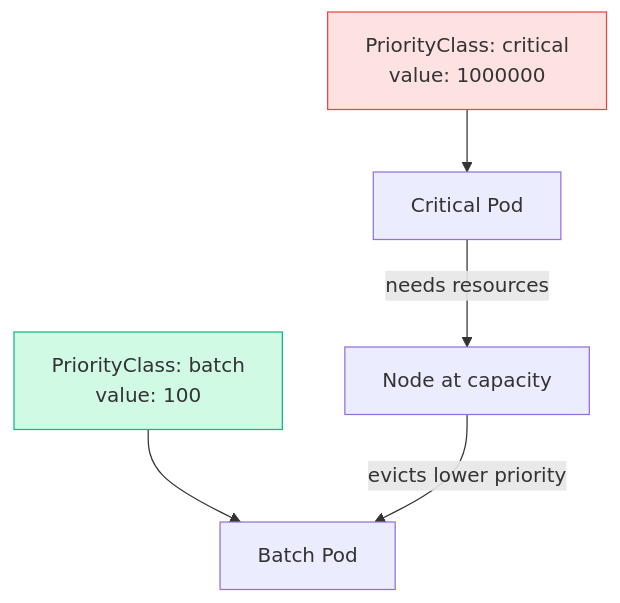
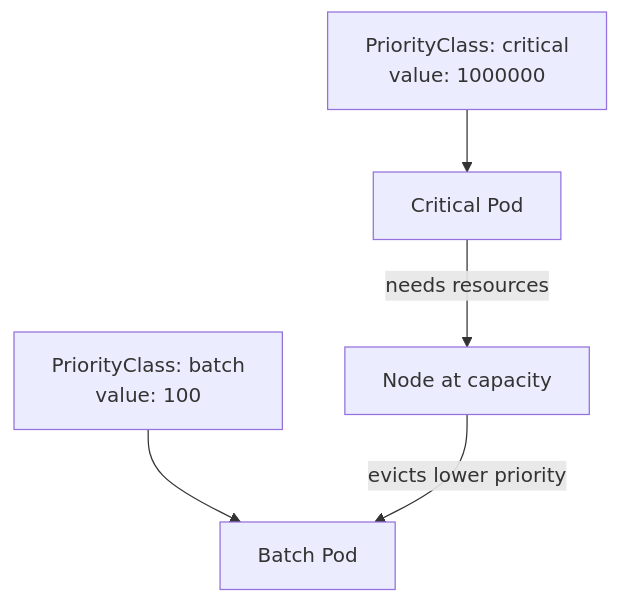
Before and after one commit to Gautam4424/k8slearn-content: the second of 2 diagrams in content/cka/05-scheduling-where-pods-land/56-topologyspreadconstraints-priorityclass/56-topologyspreadconstraints-priorityclass.md, drawn with Mermaid. The commit also changed other lines of this file and 40 other files, not shown here.

Commit message:
chore: fix mermaid style regex

````diff
--- a/content/cka/05-scheduling-where-pods-land/56-topologyspreadconstraints-priorityclass/56-topologyspreadconstraints-priorityclass.md
+++ b/content/cka/05-scheduling-where-pods-land/56-topologyspreadconstraints-priorityclass/56-topologyspreadconstraints-priorityclass.md
@@ -57,10 +56,8 @@
 ```mermaid
 flowchart TD
     PC_H["PriorityClass: critical\nvalue: 1000000"] --> P_H["Critical Pod"]
     PC_L["PriorityClass: batch\nvalue: 100"] --> P_L["Batch Pod"]
     NODE["Node at capacity"]
     P_H -->|needs resources| NODE
     NODE -->|evicts lower priority| P_L
-    style PC_H fill:#fee2e2,stroke:#ef4444
-    style PC_L fill:#d1fae5,stroke:#10b981
 ```
````
